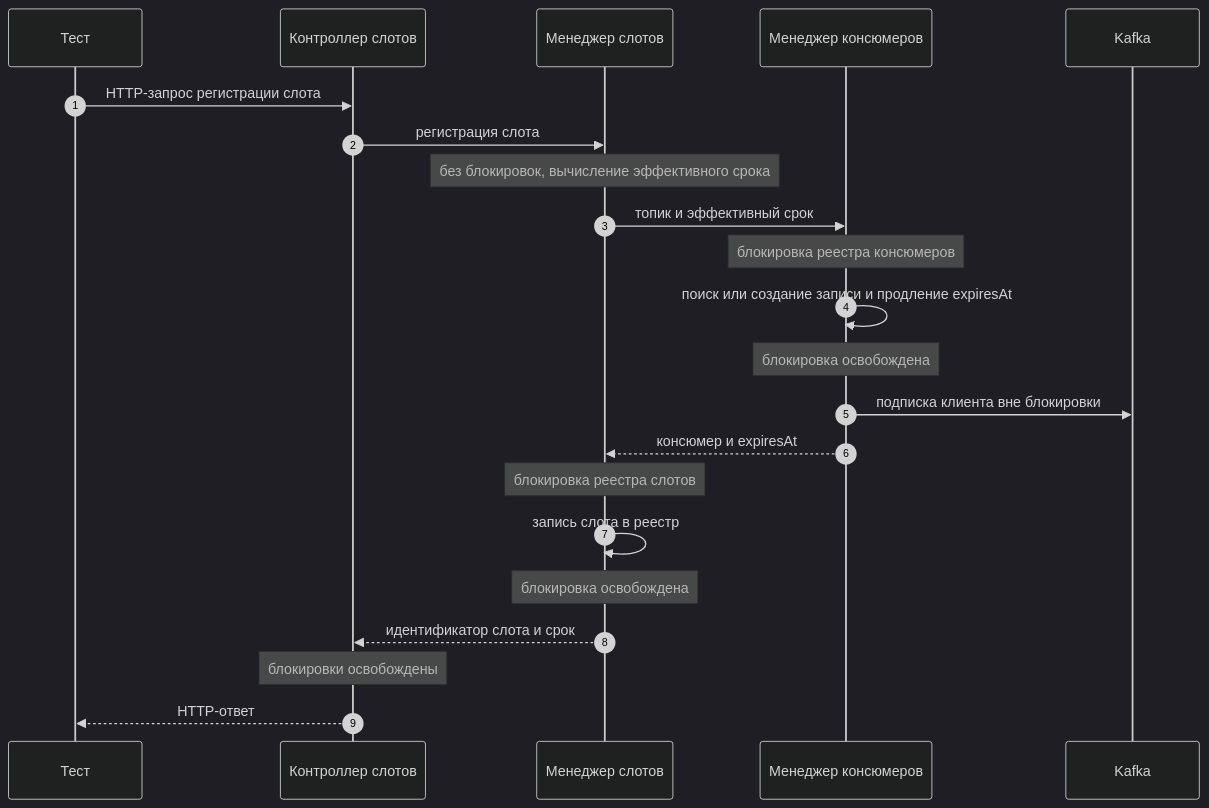
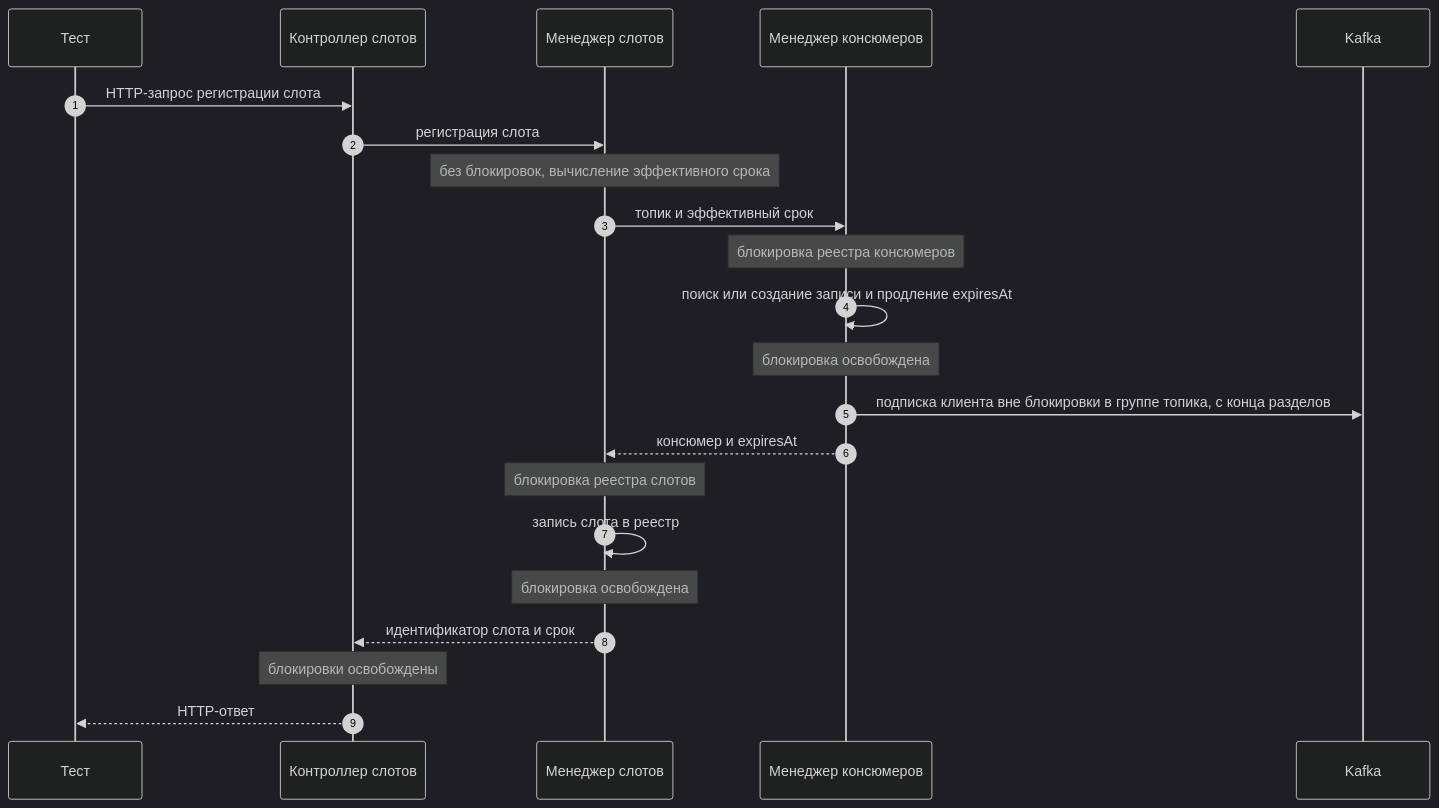
One commit to WS68/KafkaTestingREST changed the first of 3 diagrams in docs/architecture.md. Above: the diagram before and after it, drawn with Mermaid (dark theme). The commit also changed other lines of this file and 5 other files, not shown here.

````diff
--- a/docs/architecture.md
+++ b/docs/architecture.md
@@ -395,25 +428,25 @@
 ```mermaid
 sequenceDiagram
     autonumber
     participant Test as Тест
     participant Ctrl as Контроллер слотов
     participant Slots as Менеджер слотов
     participant ConsMgr as Менеджер консюмеров
     participant Kafka as Kafka
 
     Test->>Ctrl: HTTP-запрос регистрации слота
     Ctrl->>Slots: регистрация слота
     Note over Slots: без блокировок, вычисление эффективного срока
     Slots->>ConsMgr: топик и эффективный срок
     Note over ConsMgr: блокировка реестра консюмеров
     ConsMgr->>ConsMgr: поиск или создание записи и продление expiresAt
     Note over ConsMgr: блокировка освобождена
-    ConsMgr->>Kafka: подписка клиента вне блокировки
+    ConsMgr->>Kafka: подписка клиента вне блокировки в группе топика, с конца разделов
     ConsMgr-->>Slots: консюмер и expiresAt
     Note over Slots: блокировка реестра слотов
     Slots->>Slots: запись слота в реестр
     Note over Slots: блокировка освобождена
     Slots-->>Ctrl: идентификатор слота и срок
     Note over Ctrl: блокировки освобождены
     Ctrl-->>Test: HTTP-ответ
 ```
````
